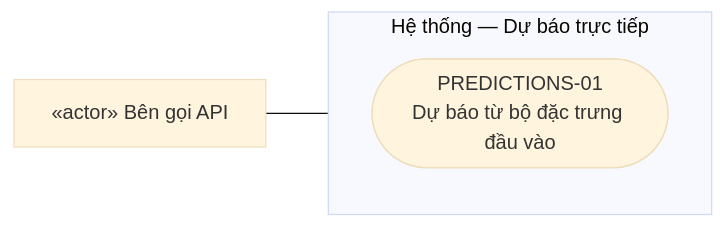
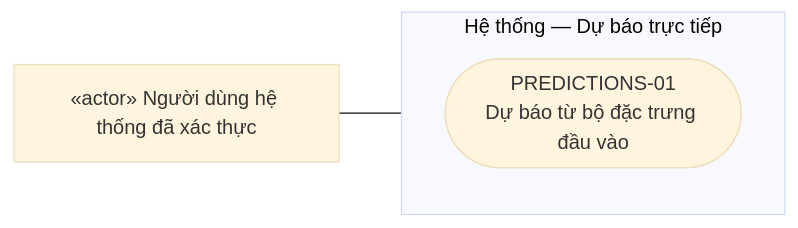
One commit to phantrongnguyen/personalized-learning changed the seventh of 8 diagrams in database/use_case_diagram.md. Above: the diagram before and after it, drawn with Mermaid (base theme). The commit also changed other lines of this file and 8 other files, not shown here.

First line of the commit message:
docs(database): refresh schema dictionary and use case diagrams

````diff
--- a/database/use_case_diagram.md
+++ b/database/use_case_diagram.md
@@ -249,9 +262,9 @@
 ```mermaid
 flowchart LR
-    A["«actor» Bên gọi API"]
+    A["«actor» Người dùng hệ thống đã xác thực"]
     subgraph SYS["Hệ thống — Dự báo trực tiếp"]
         direction TB
         U1(["PREDICTIONS-01<br/>Dự báo từ bộ đặc trưng đầu vào"])
     end
     A --- U1
 ```
````
